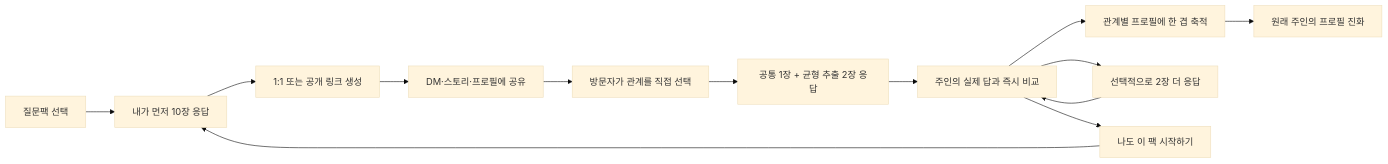
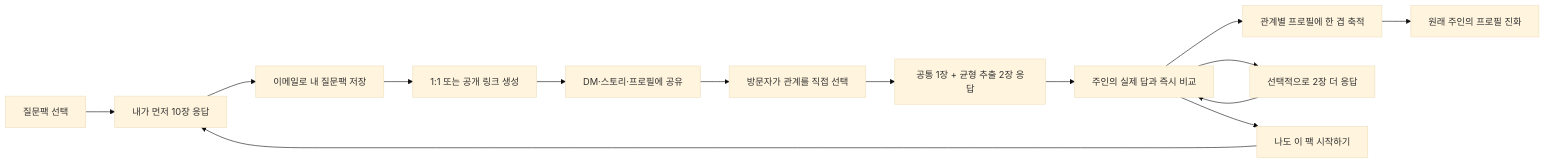
One commit to aroido/gyeop changed the diagram in docs/product/core-feature-priority.md. Above: the diagram before and after it, drawn with Mermaid (base theme). The commit also changed other lines of this file and 70 other files, not shown here.

````diff
--- a/docs/product/core-feature-priority.md
+++ b/docs/product/core-feature-priority.md
@@ -12,15 +12,16 @@
 ```mermaid
 flowchart LR
     A["질문팩 선택"] --> B["내가 먼저 10장 응답"]
-    B --> C["1:1 또는 공개 링크 생성"]
+    B --> B2["이메일로 내 질문팩 저장"]
+    B2 --> C["1:1 또는 공개 링크 생성"]
     C --> D["DM·스토리·프로필에 공유"]
     D --> E["방문자가 관계를 직접 선택"]
     E --> F["공통 1장 + 균형 추출 2장 응답"]
     F --> J["주인의 실제 답과 즉시 비교"]
     J --> G["관계별 프로필에 한 겹 축적"]
     J --> I["선택적으로 2장 더 응답"]
     I --> J
     J --> K["나도 이 팩 시작하기"]
     K --> B
     G --> H["원래 주인의 프로필 진화"]
 ```
````
